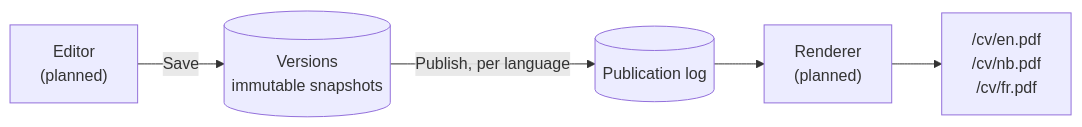
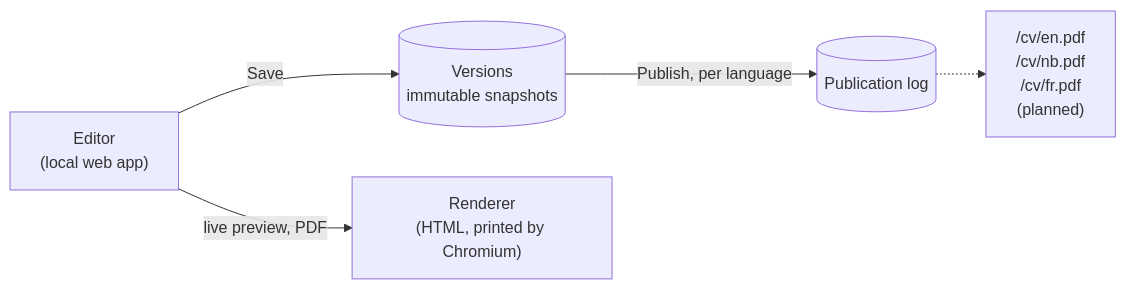
Before and after one commit to ralanwilliams/R.-Alan-Williams: the diagram in README.md, drawn with Mermaid. The commit also changed other lines of this file and 79 other files, not shown here.

Commit message:
feat(RAlanWilliams): Add local CV editor, renderer and seed import

````diff
--- a/README.md
+++ b/README.md
@@ -24,7 +24,7 @@
 ```mermaid
 flowchart LR
-    E["Editor<br/>(planned)"] -- Save --> V[("Versions<br/>immutable snapshots")]
+    E["Editor<br/>(local web app)"] -- Save --> V[("Versions<br/>immutable snapshots")]
+    E -- "live preview, PDF" --> R["Renderer<br/>(HTML, printed by Chromium)"]
     V -- "Publish, per language" --> P[("Publication log")]
-    P --> R["Renderer<br/>(planned)"]
-    R --> U["/cv/en.pdf<br/>/cv/nb.pdf<br/>/cv/fr.pdf"]
+    P -.-> U["/cv/en.pdf<br/>/cv/nb.pdf<br/>/cv/fr.pdf<br/>(planned)"]
 ```
````
